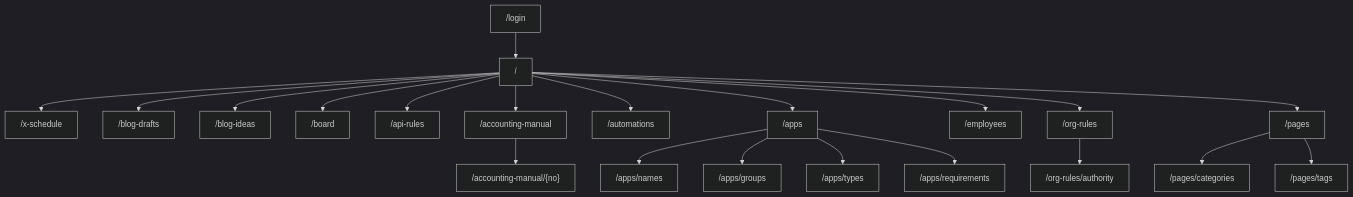
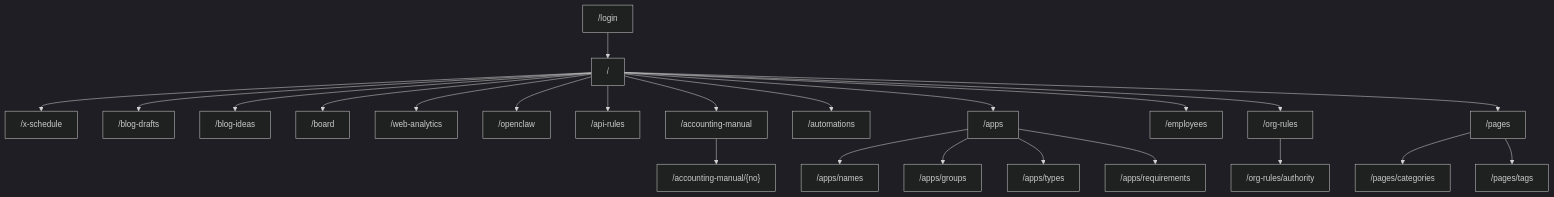
The diagram in docs/interfaces.md (ssstakahashi/ai-org), drawn with Mermaid (dark theme) before and after one commit. The commit also changed other lines of this file and 31 other files, not shown here.

````diff
--- a/docs/interfaces.md
+++ b/docs/interfaces.md
@@ -11,23 +11,25 @@
 ```mermaid
 flowchart TD
   Login["/login"] --> Home["/"]
   Home --> XSchedule["/x-schedule"]
   Home --> BlogDrafts["/blog-drafts"]
   Home --> BlogIdeas["/blog-ideas"]
   Home --> Board["/board"]
+  Home --> WebAnalytics["/web-analytics"]
+  Home --> OpenClaw["/openclaw"]
   Home --> ApiRules["/api-rules"]
   Home --> AccountingManual["/accounting-manual"]
   AccountingManual --> AccountingManualEntry["/accounting-manual/{no}"]
   Home --> Automations["/automations"]
   Home --> Apps["/apps"]
   Home --> Employees["/employees"]
   Home --> OrgRules["/org-rules"]
   Home --> Pages["/pages"]
   Apps --> AppNames["/apps/names"]
   Apps --> AppGroups["/apps/groups"]
   Apps --> AppTypes["/apps/types"]
   Apps --> AppReqs["/apps/requirements"]
   OrgRules --> Authority["/org-rules/authority"]
   Pages --> PageCats["/pages/categories"]
   Pages --> PageTags["/pages/tags"]
 ```
````
